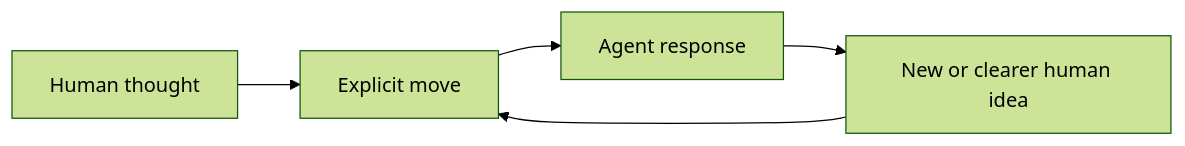
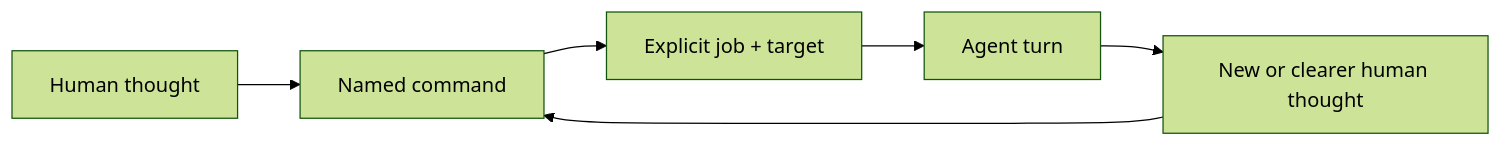
One commit to thevzion/think-it-through changed the diagram in README.md. Above: the diagram before and after it, drawn with Mermaid (forest theme). The commit also changed other lines of this file and 4 other files, not shown here.

```diff
--- a/README.md
+++ b/README.md
@@ -104,7 +19,8 @@
 ~~~mermaid
 flowchart LR
-    H["Human thought"] --> M["Explicit move"]
-    M --> A["Agent response"]
-    A --> N["New or clearer human idea"]
-    N --> M
+    H["Human thought"] --> C["Named command"]
+    C --> J["Explicit job + target"]
+    J --> A["Agent turn"]
+    A --> N["New or clearer human thought"]
+    N --> C
 ~~~
```
